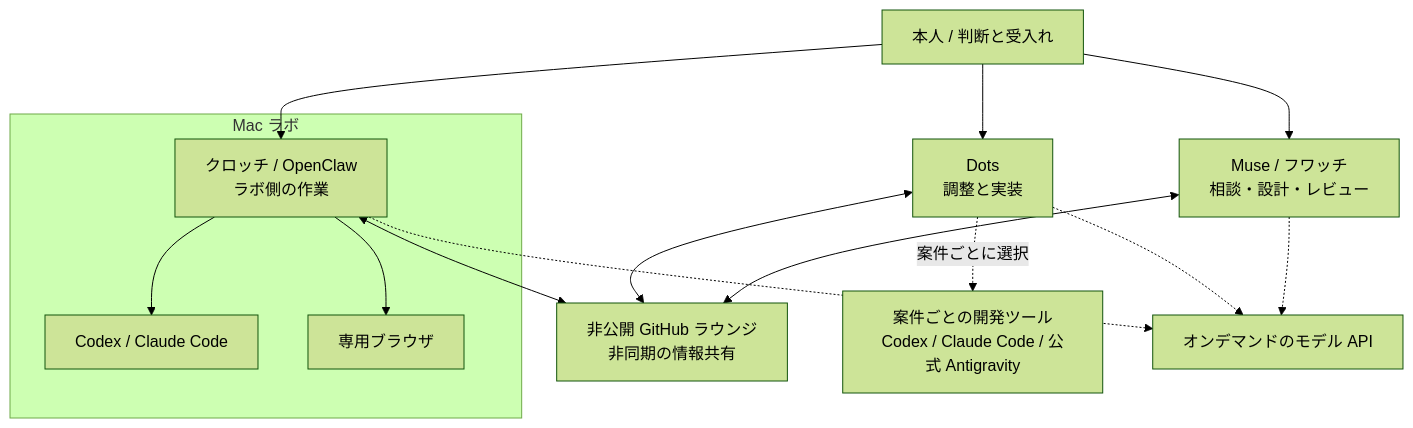
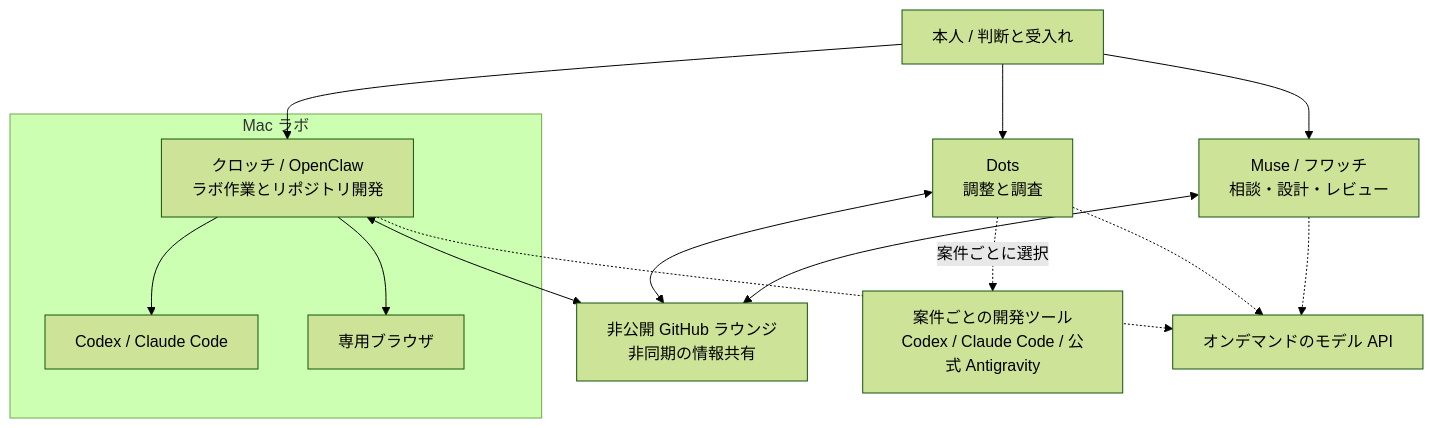
Before and after one commit to moruku36/multi-ai-workflow: the diagram in README.ja.md, drawn with Mermaid (forest theme). The commit also changed other lines of this file and 3 other files, not shown here.

````diff
--- a/README.ja.md
+++ b/README.ja.md
@@ -26,26 +48,26 @@
 ```mermaid
 flowchart TB
     OWNER["本人 / 判断と受入れ"]
-    DOTS["Dots<br/>調整と実装"]
+    DOTS["Dots<br/>調整と調査"]
     MUSE["Muse / フワッチ<br/>相談・設計・レビュー"]
     LOUNGE["非公開 GitHub ラウンジ<br/>非同期の情報共有"]
     subgraph LAB["Mac ラボ"]
-        KURO["クロッチ / OpenClaw<br/>ラボ側の作業"]
+        KURO["クロッチ / OpenClaw<br/>ラボ作業とリポジトリ開発"]
         CLI["Codex / Claude Code"]
         BROWSER["専用ブラウザ"]
     end
     WORKERS["案件ごとの開発ツール<br/>Codex / Claude Code / 公式 Antigravity"]
     API["オンデマンドのモデル API"]
     OWNER --> DOTS
     OWNER --> MUSE
     OWNER --> KURO
     DOTS <--> LOUNGE
     MUSE <--> LOUNGE
     KURO <--> LOUNGE
     KURO --> CLI
     KURO --> BROWSER
     DOTS -.->|"案件ごとに選択"| WORKERS
     DOTS -.-> API
     MUSE -.-> API
     KURO -.-> API
 ```
````
